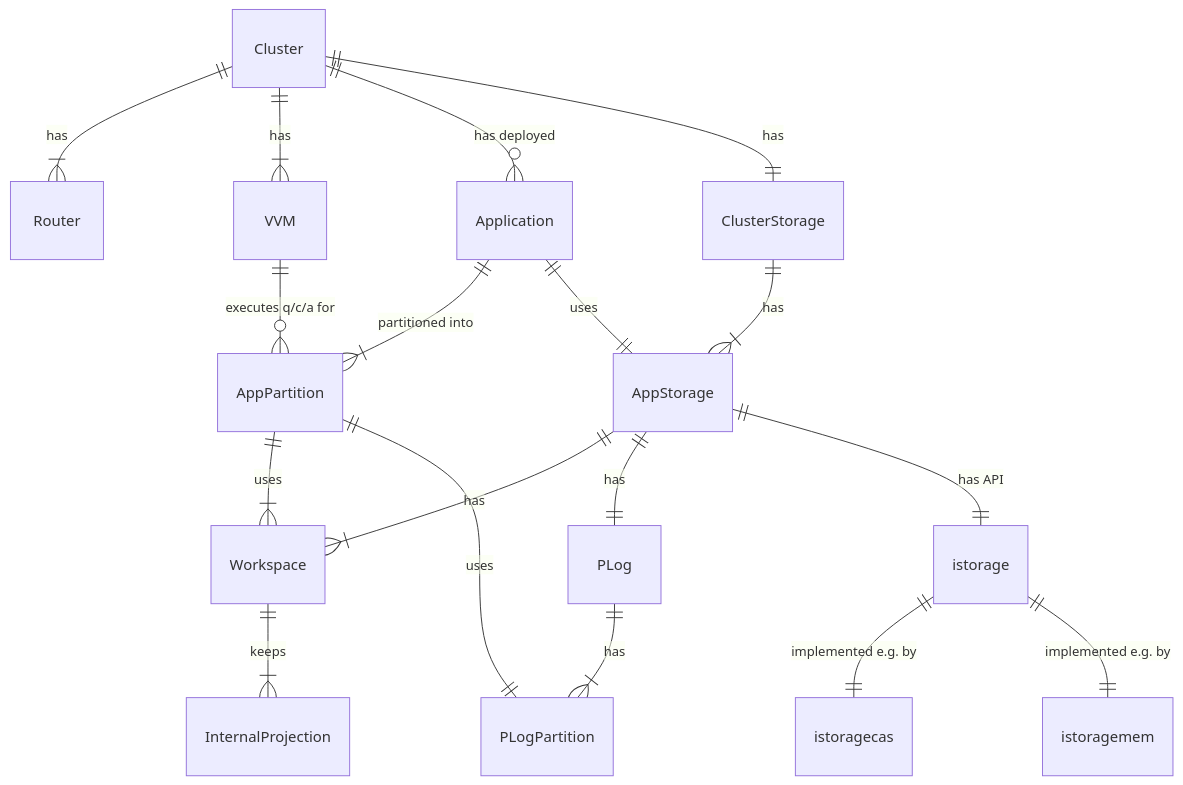
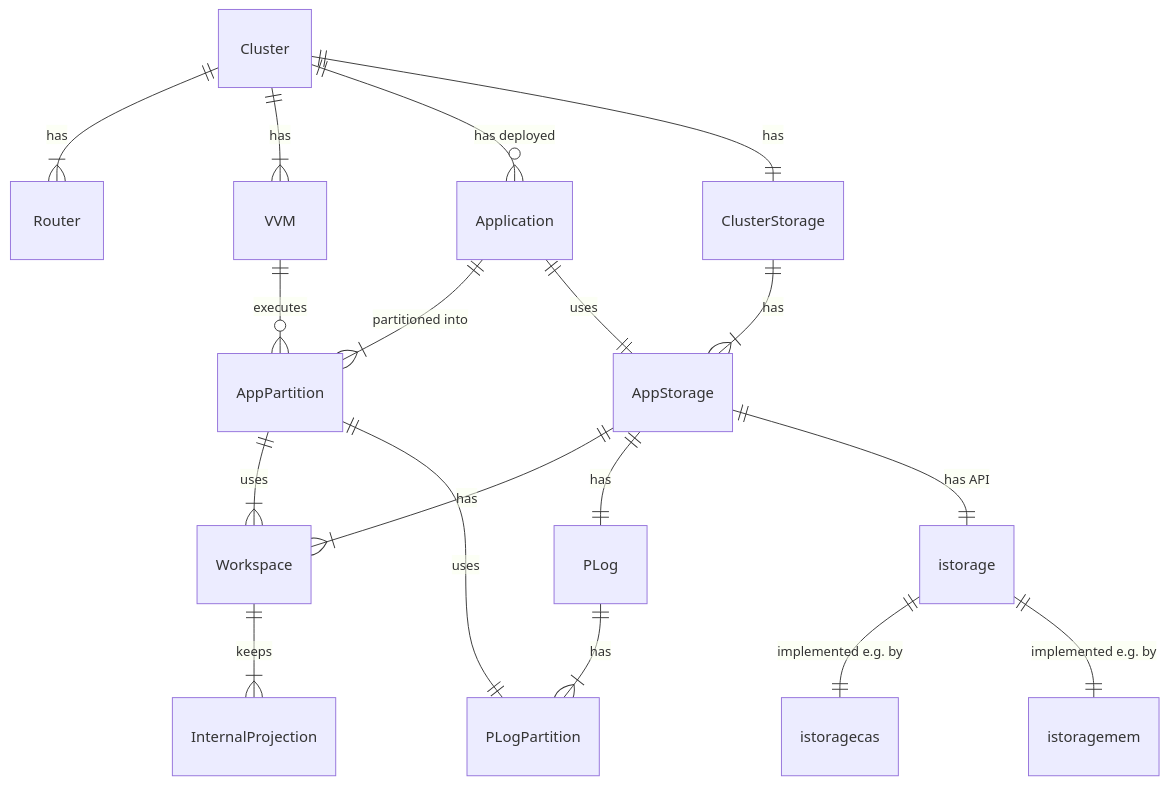
Before and after one commit to voedger/voedger: the third of 15 diagrams in design/README.md, drawn with Mermaid.

Commit message:
executes

````diff
--- a/design/README.md
+++ b/design/README.md
@@ -84,25 +84,25 @@
 ```mermaid
     erDiagram
     Cluster ||--|{ Router : has
     Cluster ||--|{ VVM : has
     Cluster ||--o{ Application : "has deployed"
     Cluster ||--|| ClusterStorage : has
     ClusterStorage ||--|{ AppStorage : has
 
     Application ||--|{ AppPartition : "partitioned into"
     Application ||--|| AppStorage : "uses"
     AppPartition ||--|{ Workspace : "uses"
     AppPartition ||--|| PLogPartition : "uses"
 
     AppStorage ||--|{ Workspace: has
     AppStorage ||--|| PLog: has
 
     AppStorage ||--|| istorage: "has API"
     istorage ||--|| istoragecas : "implemented e.g. by"
     istorage ||--|| istoragemem : "implemented e.g. by"
 
     Workspace ||--|{ InternalProjection: keeps
     PLog ||--|{ PLogPartition : has
 
-    VVM ||--o{ AppPartition : "executes q/c/a for"
+    VVM ||--o{ AppPartition : "executes"
 ```
````
